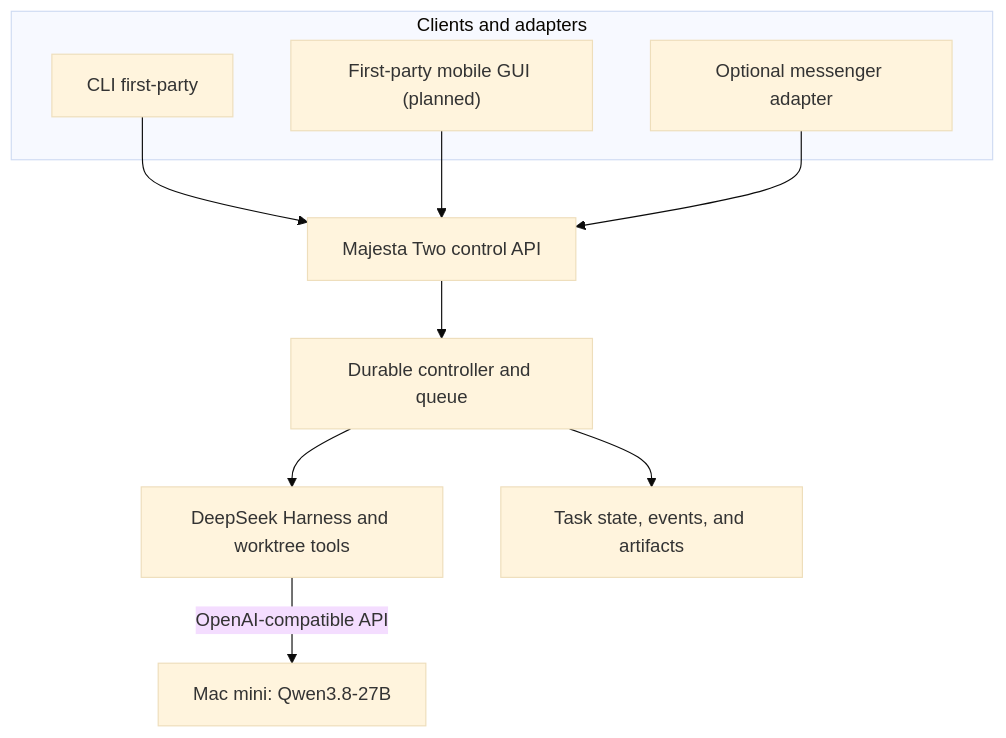
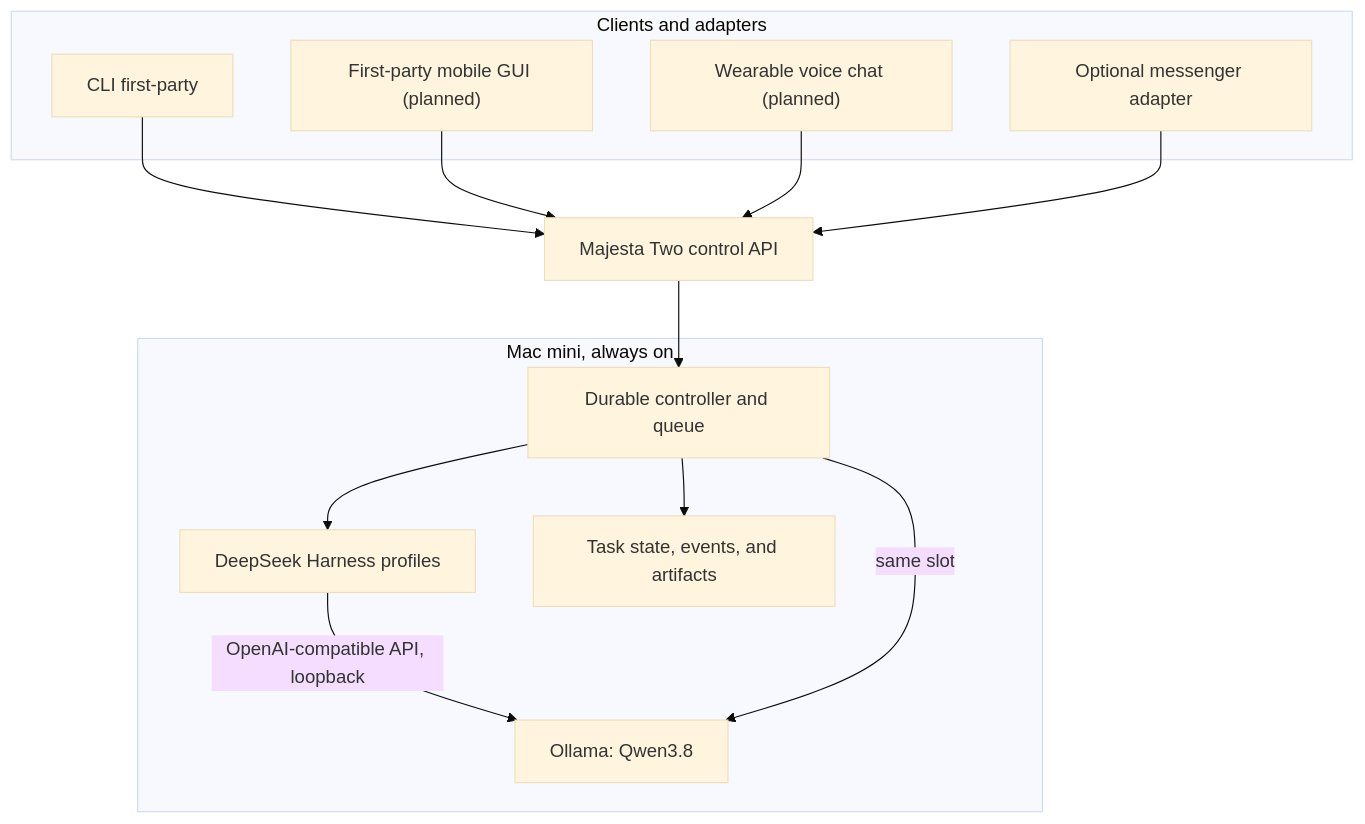
The first of 3 diagrams in docs/architecture.md (MajestaNet/two), drawn with Mermaid (base theme) before and after one commit. The commit also changed other lines of this file and 30 other files, not shown here.

First line of the commit message:
docs: host the control plane on the Mac mini (#55)

````diff
--- a/docs/architecture.md
+++ b/docs/architecture.md
@@ -113,15 +114,20 @@
 ```mermaid
 flowchart TB
     subgraph Channels["Clients and adapters"]
         CLI["CLI first-party"]
         MOBILE["First-party mobile GUI (planned)"]
+        VOICE["Wearable voice chat (planned)"]
         MSG["Optional messenger adapter"]
     end
     CLI --> API["Majesta Two control API"]
     MOBILE --> API
+    VOICE --> API
     MSG --> API
     API --> C["Durable controller and queue"]
-    C --> H["DeepSeek Harness and worktree tools"]
-    C --> S["Task state, events, and artifacts"]
-    H -->|"OpenAI-compatible API"| M["Mac mini: Qwen3.8-27B"]
+    subgraph Mini["Mac mini, always on"]
+        C --> H["DeepSeek Harness profiles"]
+        C --> S["Task state, events, and artifacts"]
+        H -->|"OpenAI-compatible API, loopback"| M["Ollama: Qwen3.8"]
+        C -->|"same slot"| M
+    end
 ```
````
